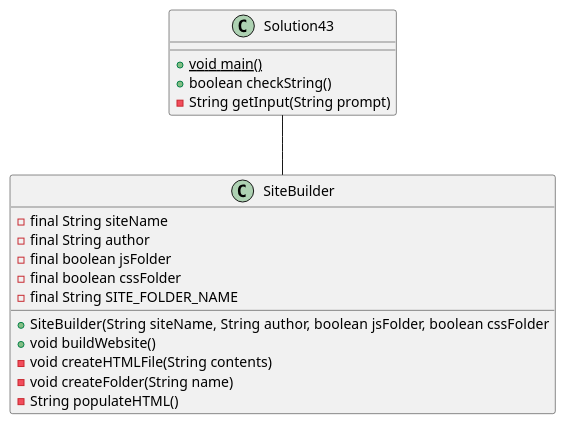
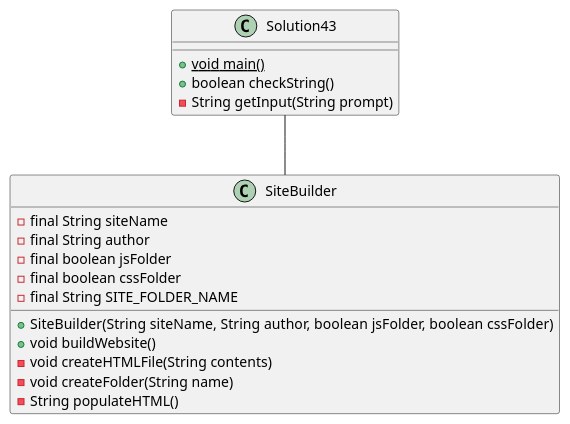
One commit to peteperri/perri-a04 changed the diagram in exercise43/docs/Solution43.puml. Above: the diagram before and after it, drawn with PlantUML. The commit also changed 27 other files, not shown here.

```diff
--- a/exercise43/docs/Solution43.puml
+++ b/exercise43/docs/Solution43.puml
@@ -1,25 +1,25 @@
 @startuml
 'https://plantuml.com/class-diagram
 
 
 class Solution43{
 +{static} void main()
 +boolean checkString()
 -String getInput(String prompt)
 }
 class SiteBuilder{
 -final String siteName
 -final String author
 -final boolean jsFolder
 -final boolean cssFolder
 -final String SITE_FOLDER_NAME
 
-+SiteBuilder(String siteName, String author, boolean jsFolder, boolean cssFolder
++SiteBuilder(String siteName, String author, boolean jsFolder, boolean cssFolder)
 +void buildWebsite()
 -void createHTMLFile(String contents)
 -void createFolder(String name)
 -String populateHTML()
 }
 
 Solution43 -- SiteBuilder
 @enduml
```
